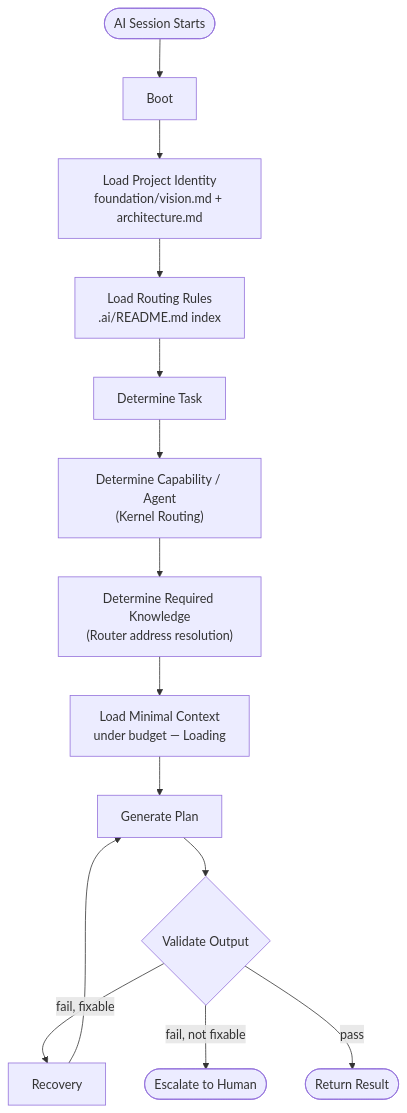
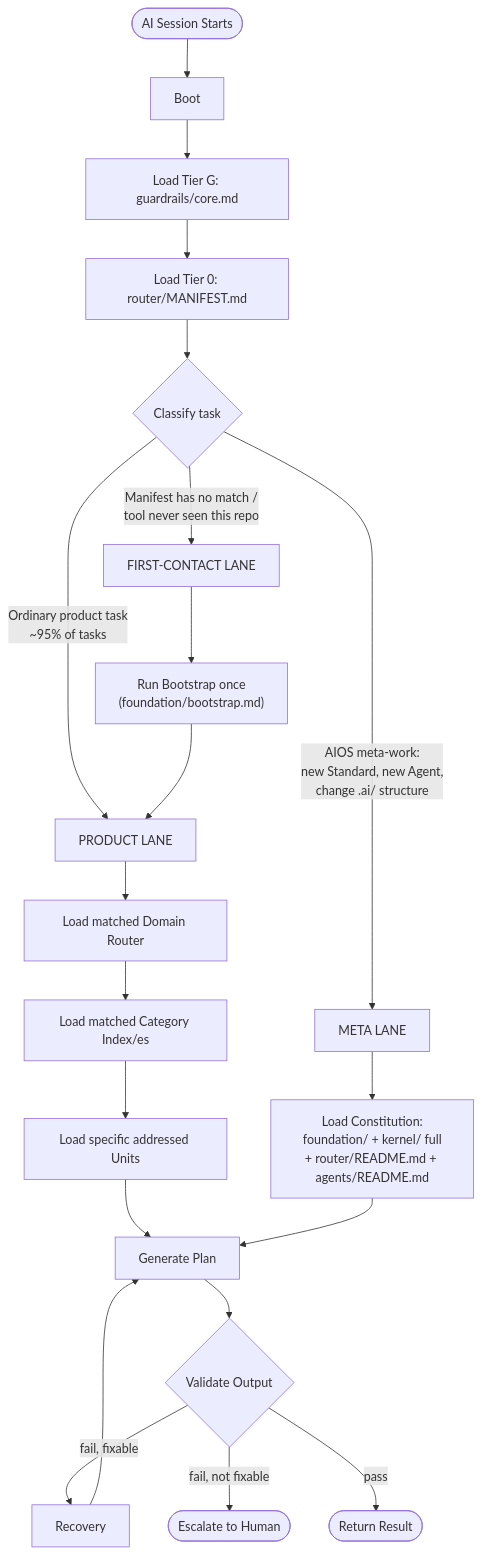
The first of 3 diagrams in .ai/kernel/README.md (DeathHunterX/guardrail-hub), drawn with Mermaid before and after one commit. The commit also changed other lines of this file and 73 other files, not shown here.

First line of the commit message:
feat(aios): establish AIOS v1.0 architecture and transition to steady state

````diff
--- a/.ai/kernel/README.md
+++ b/.ai/kernel/README.md
@@ -35,16 +37,27 @@
 ```mermaid
 flowchart TD
     Start([AI Session Starts]) --> Boot
-    Boot --> Identity[Load Project Identity<br/>foundation/vision.md + architecture.md]
-    Identity --> RoutingRules[Load Routing Rules<br/>.ai/README.md index]
-    RoutingRules --> TaskDet[Determine Task]
-    TaskDet --> CapDet["Determine Capability / Agent<br/>(Kernel Routing)"]
-    CapDet --> KnowDet["Determine Required Knowledge<br/>(Router address resolution)"]
-    KnowDet --> MinLoad[Load Minimal Context<br/>under budget — Loading]
-    MinLoad --> Plan[Generate Plan]
+    Boot --> TierG[Load Tier G: guardrails/core.md]
+    TierG --> Tier0[Load Tier 0: router/MANIFEST.md]
+    Tier0 --> Classify{Classify task}
+
+    Classify -->|Ordinary product task<br/>~95% of tasks| Product[PRODUCT LANE]
+    Product --> DomainR[Load matched Domain Router]
+    DomainR --> CatIdx[Load matched Category Index/es]
+    CatIdx --> Units[Load specific addressed Units]
+    Units --> Plan[Generate Plan]
+
+    Classify -->|AIOS meta-work:<br/>new Standard, new Agent,<br/>change .ai/ structure| Meta[META LANE]
+    Meta --> Constitution[Load Constitution:<br/>foundation/ + kernel/ full<br/>+ router/README.md + agents/README.md]
+    Constitution --> Plan
+
+    Classify -->|Manifest has no match /<br/>tool never seen this repo| First[FIRST-CONTACT LANE]
+    First --> Bootstrap["Run Bootstrap once<br/>(foundation/bootstrap.md)"]
+    Bootstrap --> Product
+
     Plan --> Validate{Validate Output}
     Validate -->|fail, fixable| Recovery[Recovery]
     Recovery --> Plan
     Validate -->|fail, not fixable| Escalate([Escalate to Human])
     Validate -->|pass| Return([Return Result])
 ```
````
